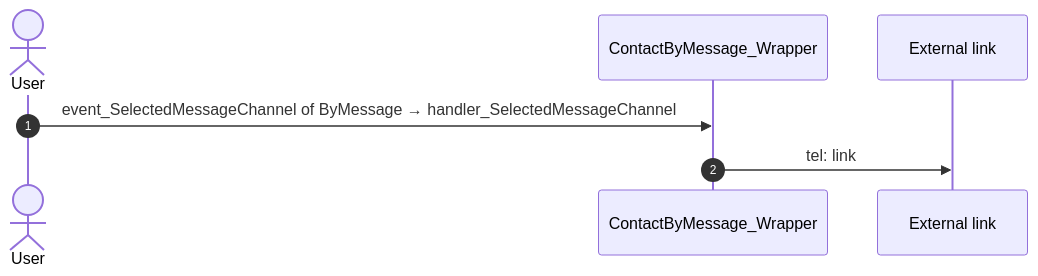
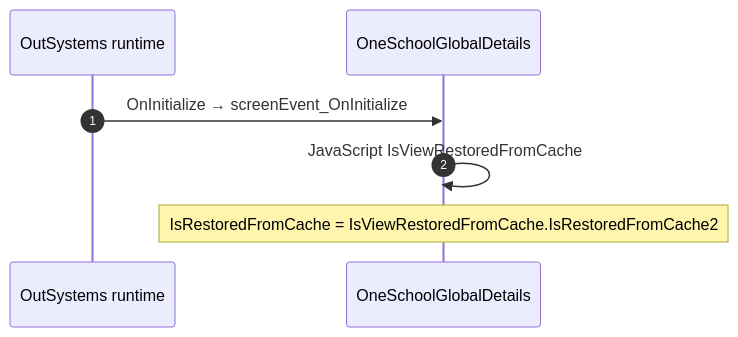
Before and after one commit to Phoenix-DX/connect-new-ui: the diagram in route-actions/routes/OneSchoolGlobalDetails.md, drawn with Mermaid. The commit also changed other lines of this file and 52 other files, not shown here.

````diff
--- a/route-actions/routes/OneSchoolGlobalDetails.md
+++ b/route-actions/routes/OneSchoolGlobalDetails.md
@@ -362,9 +142,9 @@
 ```mermaid
 sequenceDiagram
   autonumber
-  actor U as User
-  participant B as ContactByMessage_Wrapper
-  participant X as External link
-  U->>B: event_SelectedMessageChannel of ByMessage → handler_SelectedMessageChannel
-  B->>X: tel: link
+  participant R as OutSystems runtime
+  participant B as OneSchoolGlobalDetails
+  R->>B: OnInitialize → screenEvent_OnInitialize
+  B->>B: JavaScript IsViewRestoredFromCache
+  Note over B: IsRestoredFromCache = IsViewRestoredFromCache.IsRestoredFromCache2
 ```
````
